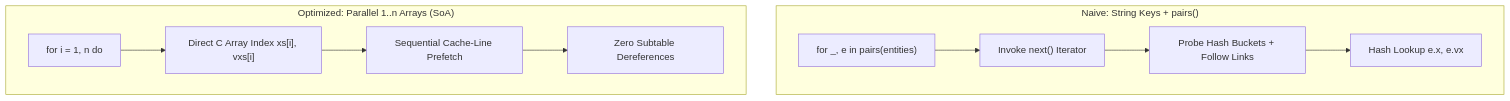
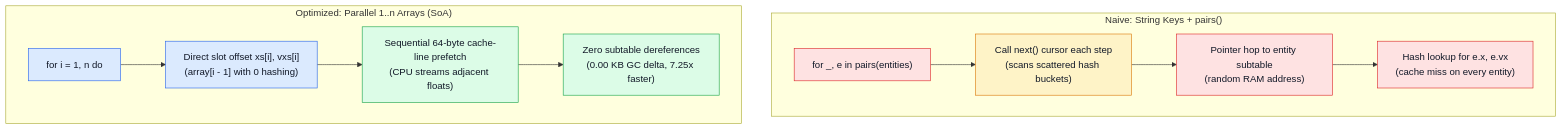
The diagram in lessons/ArrayVsHash/Tutorial/en.md (LevyArsOS/lua-lessons), drawn with Mermaid before and after one commit. The commit also changed other lines of this file and 5 other files, not shown here.

First line of the commit message:
docs(tutorials): upgrade ArrayVsHash, ClosureReuse, and LocalsVsGlobals diagrams

````diff
--- a/lessons/ArrayVsHash/Tutorial/en.md
+++ b/lessons/ArrayVsHash/Tutorial/en.md
@@ -42,14 +42,19 @@
 ```mermaid
 flowchart TD
+    classDef slow fill:#fee2e2,stroke:#dc2626,color:#111827
+    classDef fast fill:#dcfce7,stroke:#16a34a,color:#111827
+    classDef vm fill:#dbeafe,stroke:#2563eb,color:#111827
+    classDef warn fill:#fef3c7,stroke:#d97706,color:#111827
+
     subgraph Hash["Naive: String Keys + pairs()"]
-        H1["for _, e in pairs(entities)"] --> H2["Invoke next() Iterator"]
-        H2 --> H3["Probe Hash Buckets + Follow Links"]
-        H3 --> H4["Hash Lookup e.x, e.vx"]
+        H1["for _, e in pairs(entities)"]:::slow --> H2["Call next() cursor each step<br/>(scans scattered hash buckets)"]:::warn
+        H2 --> H3["Pointer hop to entity subtable<br/>(random RAM address)"]:::slow
+        H3 --> H4["Hash lookup for e.x, e.vx<br/>(cache miss on every entity)"]:::slow
     end
 
     subgraph SoA["Optimized: Parallel 1..n Arrays (SoA)"]
-        S1["for i = 1, n do"] --> S2["Direct C Array Index xs[i], vxs[i]"]
-        S2 --> S3["Sequential Cache-Line Prefetch"]
-        S3 --> S4["Zero Subtable Dereferences"]
+        S1["for i = 1, n do"]:::vm --> S2["Direct slot offset xs[i], vxs[i]<br/>(array[i - 1] with 0 hashing)"]:::vm
+        S2 --> S3["Sequential 64-byte cache-line prefetch<br/>(CPU streams adjacent floats)"]:::fast
+        S3 --> S4["Zero subtable dereferences<br/>(0.00 KB GC delta, 7.25x faster)"]:::fast
     end
 ```
````
